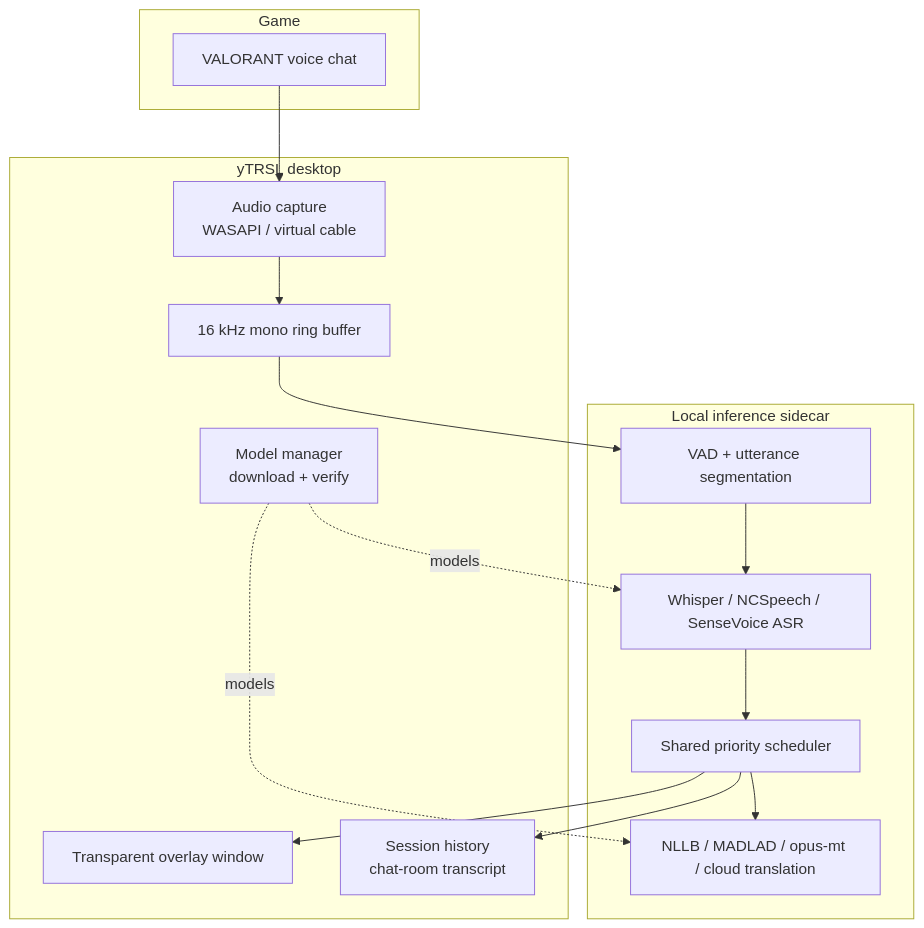
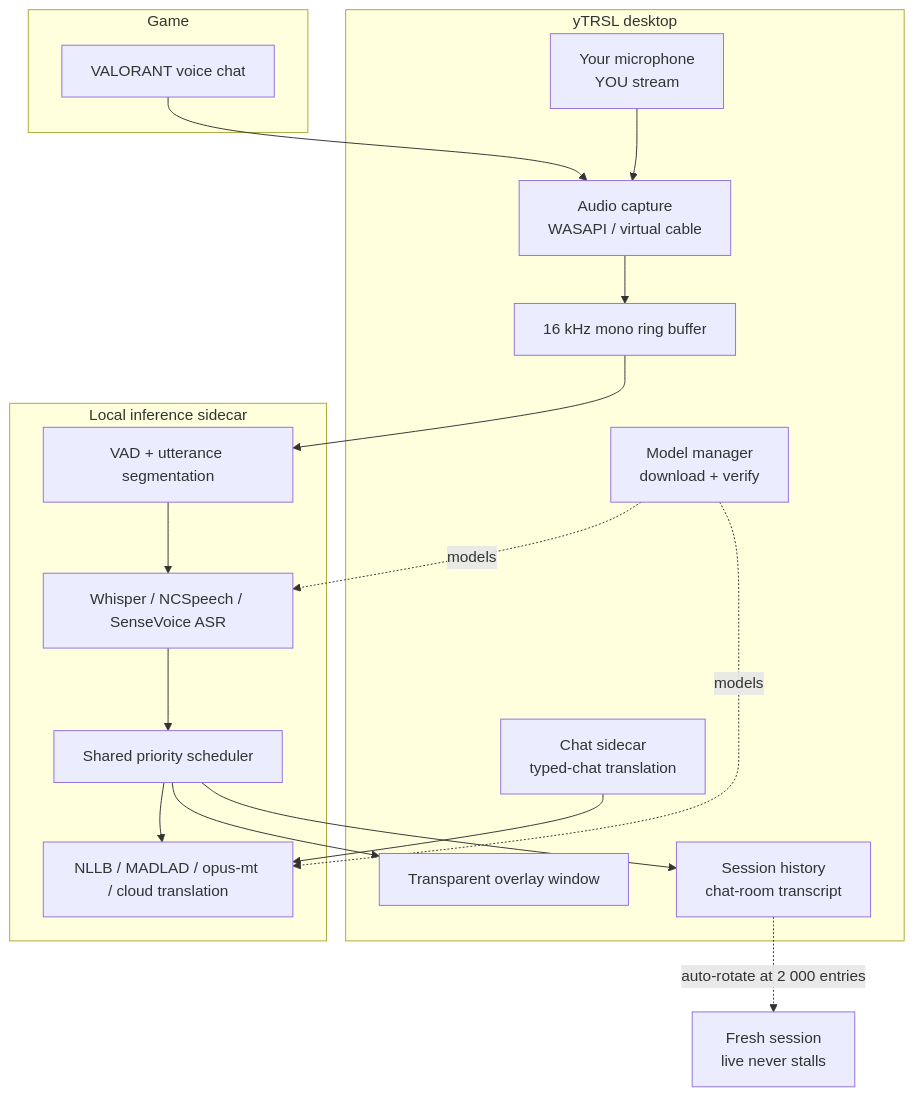
The first of 4 diagrams in README.md (jxstme22/ztrsl), drawn with Mermaid before and after one commit. The commit also changed other lines of this file and 2 other files, not shown here.

First line of the commit message:
docs: v0.9.3 — new-session rotation, speaker log lines, chat sidecar in diagrams

````diff
--- a/README.md
+++ b/README.md
@@ -114,26 +121,31 @@
 ```mermaid
 flowchart TB
   subgraph Game
     V[VALORANT voice chat]
   end
 
   subgraph yTRSL desktop
     C[Audio capture<br/>WASAPI / virtual cable]
     R[16 kHz mono ring buffer]
     O[Transparent overlay window]
     S[Model manager<br/>download + verify]
     H[Session history<br/>chat-room transcript]
+    CHAT[Chat sidecar<br/>typed-chat translation]
+    MIC[Your microphone<br/>YOU stream]
   end
 
   subgraph Local inference sidecar
     VAD[VAD + utterance segmentation]
     ASR[Whisper / NCSpeech / SenseVoice ASR]
     MT[NLLB / MADLAD / opus-mt / cloud translation]
     SCHED[Shared priority scheduler]
   end
 
   V --> C --> R --> VAD --> ASR --> SCHED --> MT
   SCHED --> O
   SCHED --> H
+  MIC --> C
+  CHAT --> MT
   S -. models .-> ASR & MT
+  H -. auto-rotate at 2 000 entries .-> H2[Fresh session<br/>live never stalls]
 ```
````
